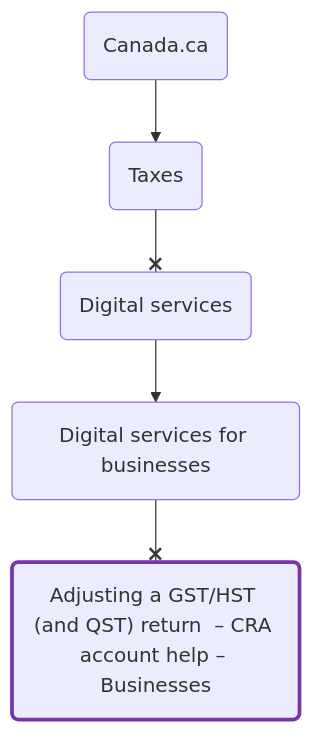
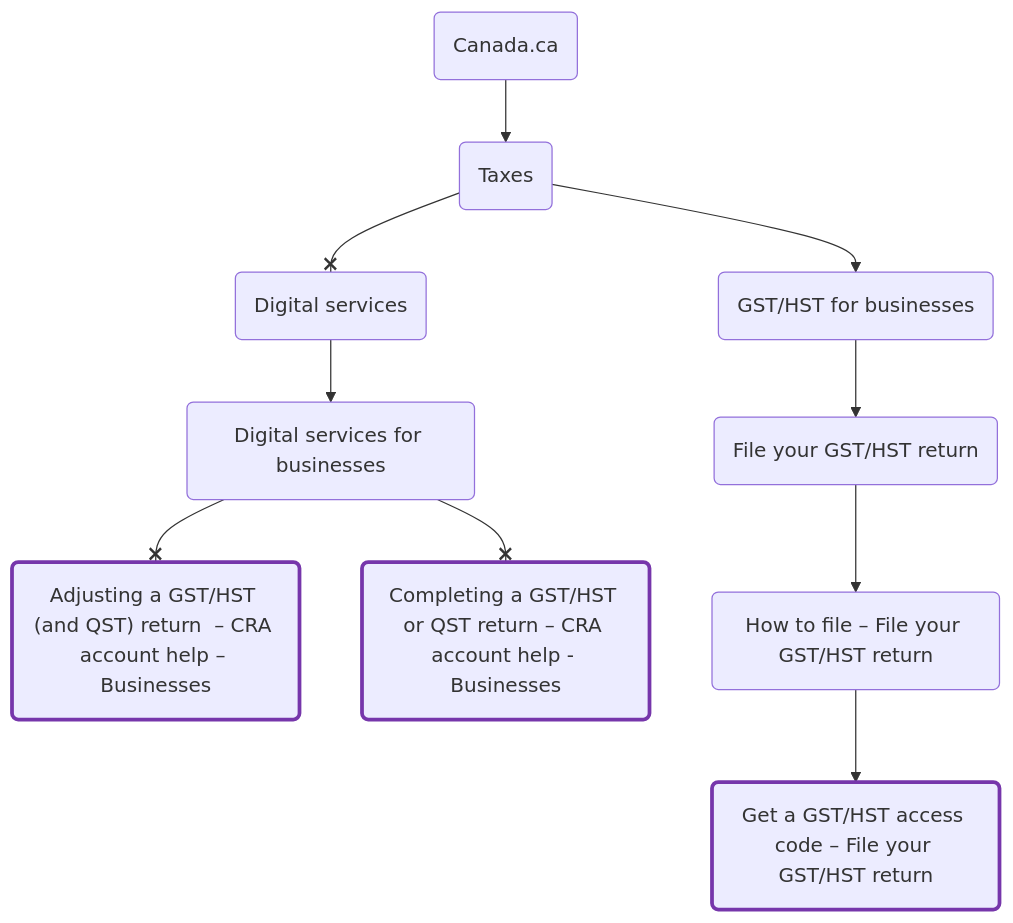
The diagram in README.md (cra-proto/gst-portal-cop-corrections-2026), drawn with Mermaid before and after one commit.

Commit message:
Update README.md (via Design Assistant)

````diff
--- a/README.md
+++ b/README.md
@@ -32,19 +32,34 @@
 ```mermaid
 flowchart TD;
     node1(Canada.ca)
     node2(Taxes)
     node3(Digital services)
     node4(Digital services for businesses)
     node5(Adjusting a GST/HST #40;and QST#41; return  – CRA account help – Businesses)
+    node6(Completing a GST/HST or QST return – CRA account help - Businesses)
+    node7(GST/HST for businesses)
+    node8(File your GST/HST return)
+    node9(How to file – File your GST/HST return)
+    node10(Get a GST/HST access code – File your GST/HST return)
     node1 --> node2
     node2 --x node3
     node3 --> node4
     node4 --x node5
+    node4 --x node6
+    node2 --> node7
+    node7 --> node8
+    node8 --> node9
+    node9 --> node10
     click node1 "https://www.canada.ca/en.html" _blank
     click node2 "https://www.canada.ca/en/services/taxes.html" _blank
     click node3 "https://www.canada.ca/en/revenue-agency/services/e-services.html" _blank
     click node4 "https://www.canada.ca/en/revenue-agency/services/e-services/digital-services-businesses.html" _blank
     click node5 "https://www.canada.ca/en/revenue-agency/services/e-services/digital-services-businesses/business-account/adjust-a-return.html" _blank
+    click node6 "https://www.canada.ca/en/revenue-agency/services/e-services/digital-services-businesses/business-account/gst-hst-electronic-filing.html" _blank
+    click node7 "https://www.canada.ca/en/revenue-agency/services/tax/businesses/topics/gst-hst-businesses.html" _blank
+    click node8 "https://www.canada.ca/en/revenue-agency/services/tax/businesses/topics/gst-hst-businesses/file-gst-hst-return.html" _blank
+    click node9 "https://www.canada.ca/en/revenue-agency/services/tax/businesses/topics/gst-hst-businesses/file-gst-hst-return/how-file.html" _blank
+    click node10 "https://www.canada.ca/en/revenue-agency/services/tax/businesses/topics/gst-hst-businesses/file-gst-hst-return/how-file/get-gst-hst-access-code.html" _blank
     classDef inscope stroke:#7636ab,stroke-width:3px
-    class node5 inscope
+    class node5,node6,node10 inscope
 ```
````
